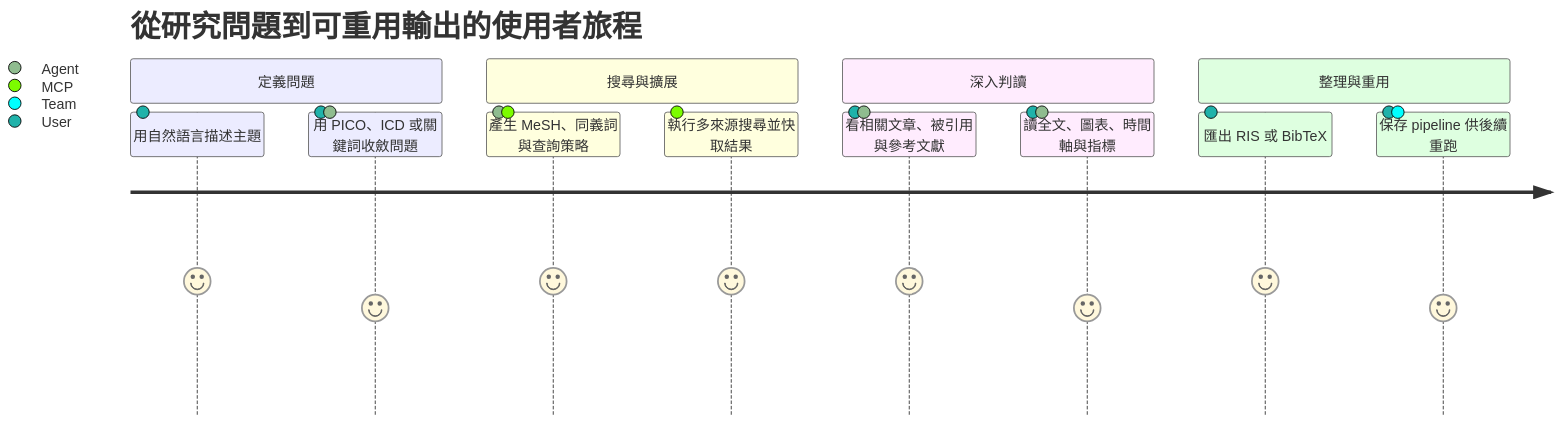
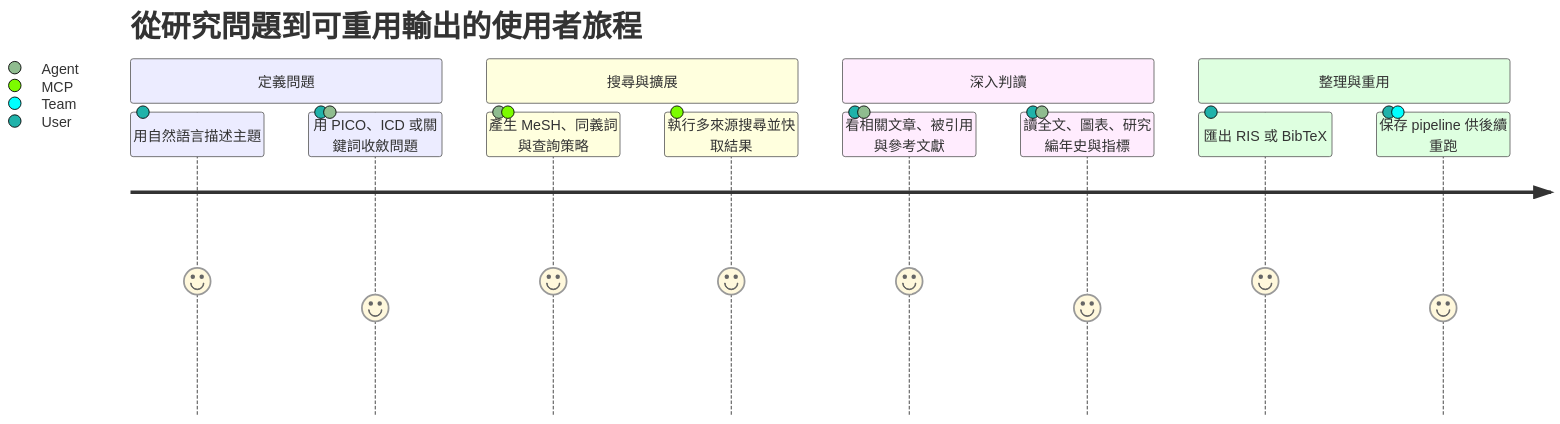
The first of 12 diagrams in ARCHITECTURE.md (u9401066/pubmed-search-mcp), drawn with Mermaid before and after one commit. The commit also changed other lines of this file and 14 other files, not shown here.

````diff
--- a/ARCHITECTURE.md
+++ b/ARCHITECTURE.md
@@ -36,16 +36,16 @@
 ```mermaid
 journey
     title 從研究問題到可重用輸出的使用者旅程
     section 定義問題
       用自然語言描述主題: 5: User
       用 PICO、ICD 或關鍵詞收斂問題: 4: User, Agent
     section 搜尋與擴展
       產生 MeSH、同義詞與查詢策略: 5: Agent, MCP
       執行多來源搜尋並快取結果: 5: MCP
     section 深入判讀
       看相關文章、被引用與參考文獻: 5: User, Agent
-      讀全文、圖表、時間軸與指標: 4: User, Agent
+      讀全文、圖表、研究編年史與指標: 4: User, Agent
     section 整理與重用
       匯出 RIS 或 BibTeX: 5: User
       保存 pipeline 供後續重跑: 4: User, Team
 ```
````
